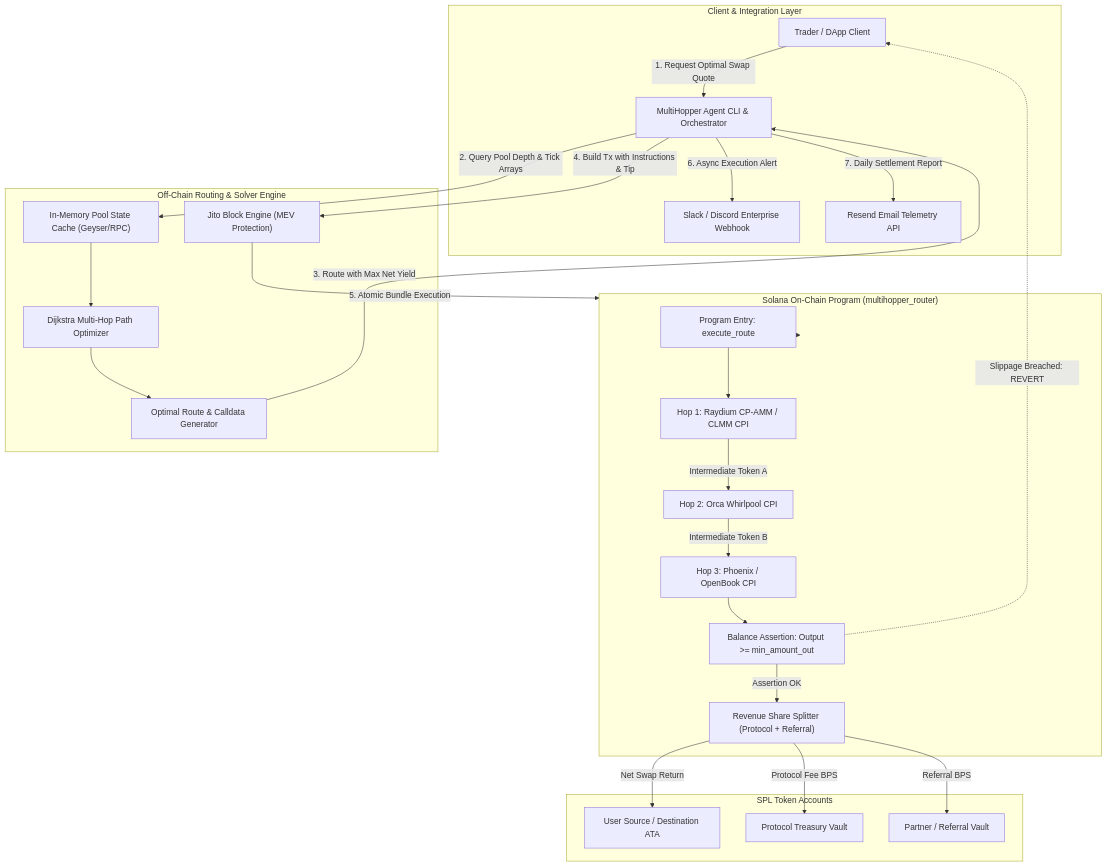
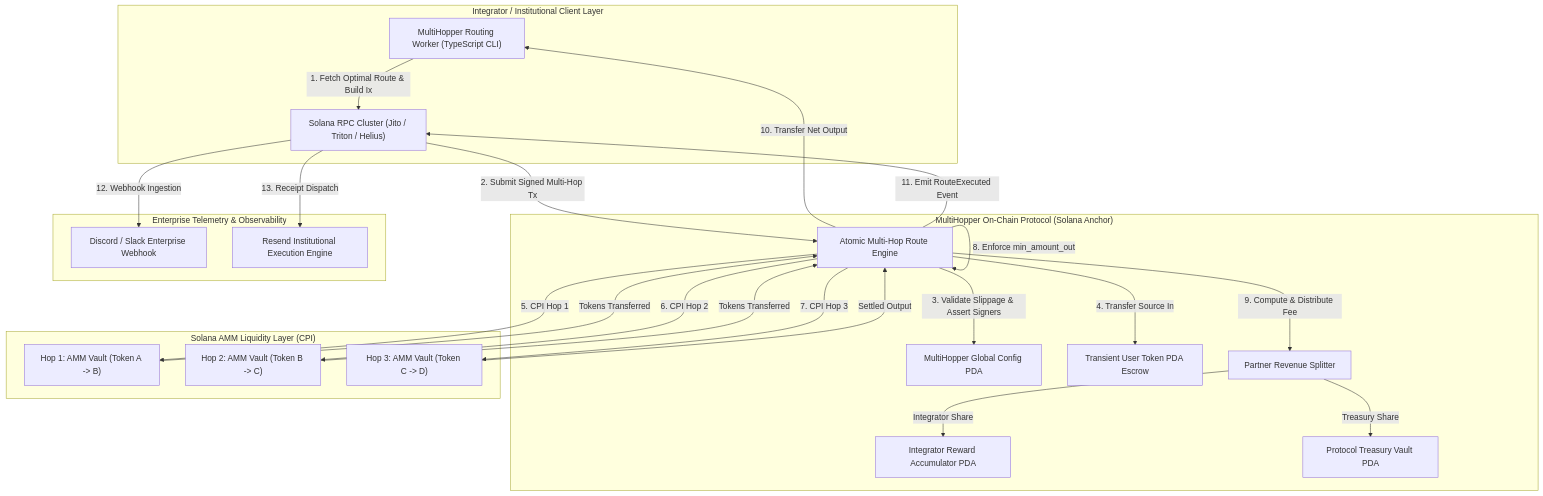
The diagram in README.md (wiliancolomboo-tech/web3-multihopper-build---route-challenge-1d74d5), drawn with Mermaid before and after one commit. The commit also changed other lines of this file and 152 other files, not shown here.

````diff
--- a/README.md
+++ b/README.md
@@ -44,54 +46,46 @@
 ```mermaid
 flowchart TD
-    subgraph ClientLayer["Client & Integration Layer"]
-        User["Trader / DApp Client"]
-        CLI["MultiHopper Agent CLI & Orchestrator"]
-        SlackHook["Slack / Discord Enterprise Webhook"]
-        ResendAPI["Resend Email Telemetry API"]
+    subgraph ClientLayer["Integrator / Institutional Client Layer"]
+        CLI["MultiHopper Routing Worker (TypeScript CLI)"]
+        RPC["Solana RPC Cluster (Jito / Triton / Helius)"]
     end
 
-    subgraph RoutingEngine["Off-Chain Routing & Solver Engine"]
-        PoolCache["In-Memory Pool State Cache (Geyser/RPC)"]
-        GraphSolver["Dijkstra Multi-Hop Path Optimizer"]
-        QuoteGen["Optimal Route & Calldata Generator"]
-        JitoRelay["Jito Block Engine (MEV Protection)"]
+    subgraph ProgramLayer["MultiHopper On-Chain Protocol (Solana Anchor)"]
+        Config["MultiHopper Global Config PDA"]
+        UserEscrow["Transient User Token PDA Escrow"]
+        RouterEngine["Atomic Multi-Hop Route Engine"]
+        RevSplitter["Partner Revenue Splitter"]
+        PartnerVault["Integrator Reward Accumulator PDA"]
+        TreasuryVault["Protocol Treasury Vault PDA"]
     end
 
-    subgraph SolanaRuntime["Solana On-Chain Program (multihopper_router)"]
-        ProgramEntry["Program Entry: execute_route"]
-        Hop1["Hop 1: Raydium CP-AMM / CLMM CPI"]
-        Hop2["Hop 2: Orca Whirlpool CPI"]
-        Hop3["Hop 3: Phoenix / OpenBook CPI"]
-        InvariantCheck["Balance Assertion: Output >= min_amount_out"]
-        RevShareSplit["Revenue Share Splitter (Protocol + Referral)"]
+    subgraph AMMLiquidity["Solana AMM Liquidity Layer (CPI)"]
+        Pool1["Hop 1: AMM Vault (Token A -> B)"]
+        Pool2["Hop 2: AMM Vault (Token B -> C)"]
+        Pool3["Hop 3: AMM Vault (Token C -> D)"]
     end
 
-    subgraph TokenVaults["SPL Token Accounts"]
-        UserATA["User Source / Destination ATA"]
-        TreasuryATA["Protocol Treasury Vault"]
-        ReferralATA["Partner / Referral Vault"]
+    subgraph TelemetryLayer["Enterprise Telemetry & Observability"]
+        Webhook["Discord / Slack Enterprise Webhook"]
+        ResendAPI["Resend Institutional Execution Engine"]
     end
 
-    User -->|1. Request Optimal Swap Quote| CLI
-    CLI -->|2. Query Pool Depth & Tick Arrays| PoolCache
-    PoolCache --> GraphSolver
-    GraphSolver --> QuoteGen
-    QuoteGen -->|3. Route with Max Net Yield| CLI
-    CLI -->|4. Build Tx with Instructions & Tip| JitoRelay
-    JitoRelay -->|5. Atomic Bundle Execution| SolanaRuntime
-
-    SolanaRuntime --> ProgramEntry
-    ProgramEntry --> Hop1
-    Hop1 -->|Intermediate Token A| Hop2
-    Hop2 -->|Intermediate Token B| Hop3
-    Hop3 --> InvariantCheck
-    InvariantCheck -->|Assertion OK| RevShareSplit
-    RevShareSplit -->|Net Swap Return| UserATA
-    RevShareSplit -->|Protocol Fee BPS| TreasuryATA
-    RevShareSplit -->|Referral BPS| ReferralATA
-
-    InvariantCheck -.->|Slippage Breached: REVERT| User
-
-    CLI -->|6. Async Execution Alert| SlackHook
-    CLI -->|7. Daily Settlement Report| ResendAPI
+    CLI -->|1. Fetch Optimal Route & Build Ix| RPC
+    RPC -->|2. Submit Signed Multi-Hop Tx| RouterEngine
+    RouterEngine -->|3. Validate Slippage & Assert Signers| Config
+    RouterEngine -->|4. Transfer Source In| UserEscrow
+    RouterEngine -->|5. CPI Hop 1| Pool1
+    Pool1 -->|Tokens Transferred| RouterEngine
+    RouterEngine -->|6. CPI Hop 2| Pool2
+    Pool2 -->|Tokens Transferred| RouterEngine
+    RouterEngine -->|7. CPI Hop 3| Pool3
+    Pool3 -->|Settled Output| RouterEngine
+    RouterEngine -->|8. Enforce min_amount_out| RouterEngine
+    RouterEngine -->|9. Compute & Distribute Fee| RevSplitter
+    RevSplitter -->|Integrator Share| PartnerVault
+    RevSplitter -->|Treasury Share| TreasuryVault
+    RouterEngine -->|10. Transfer Net Output| CLI
+    RouterEngine -->|11. Emit RouteExecuted Event| RPC
+    RPC -->|12. Webhook Ingestion| Webhook
+    RPC -->|13. Receipt Dispatch| ResendAPI
 ```
````
